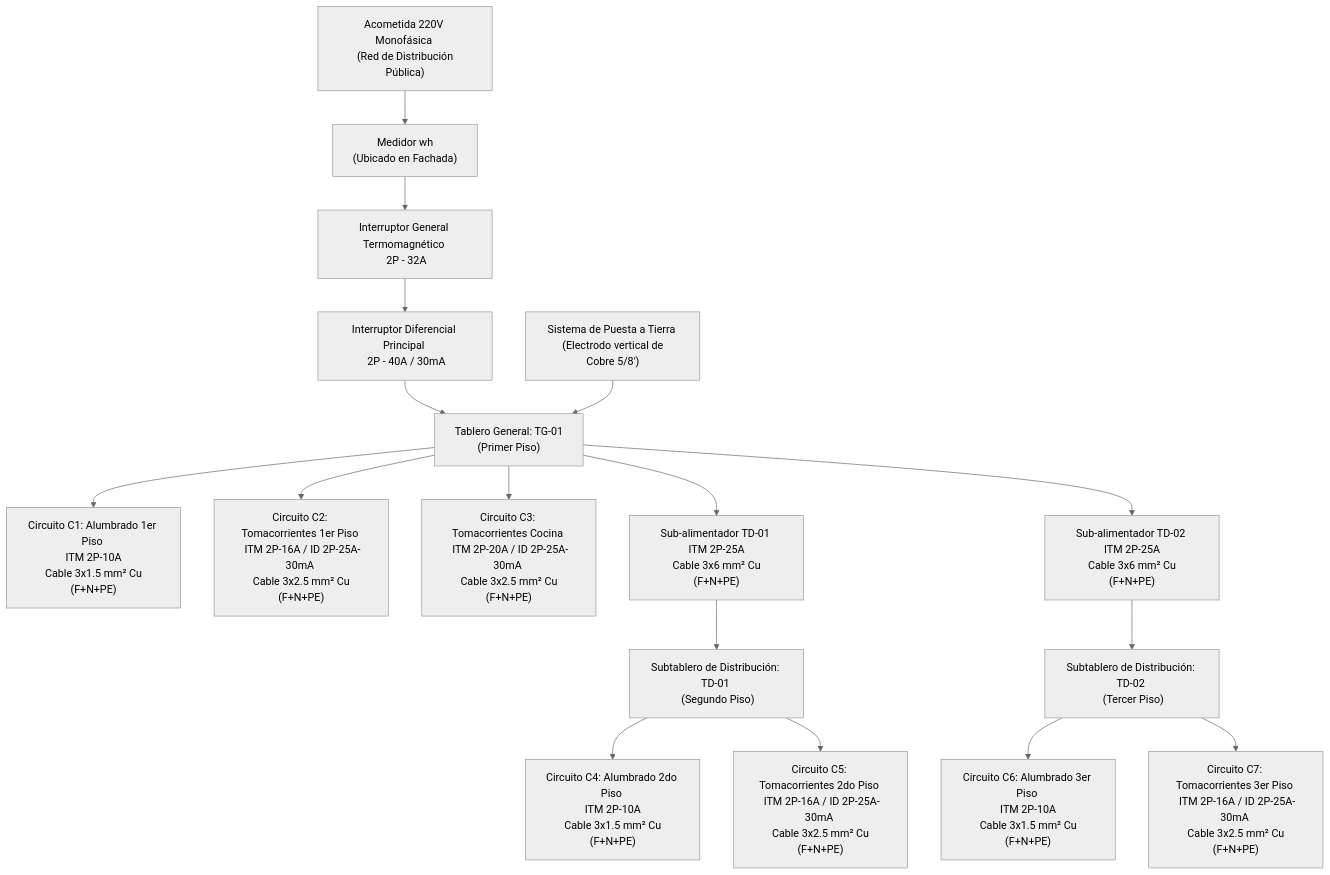
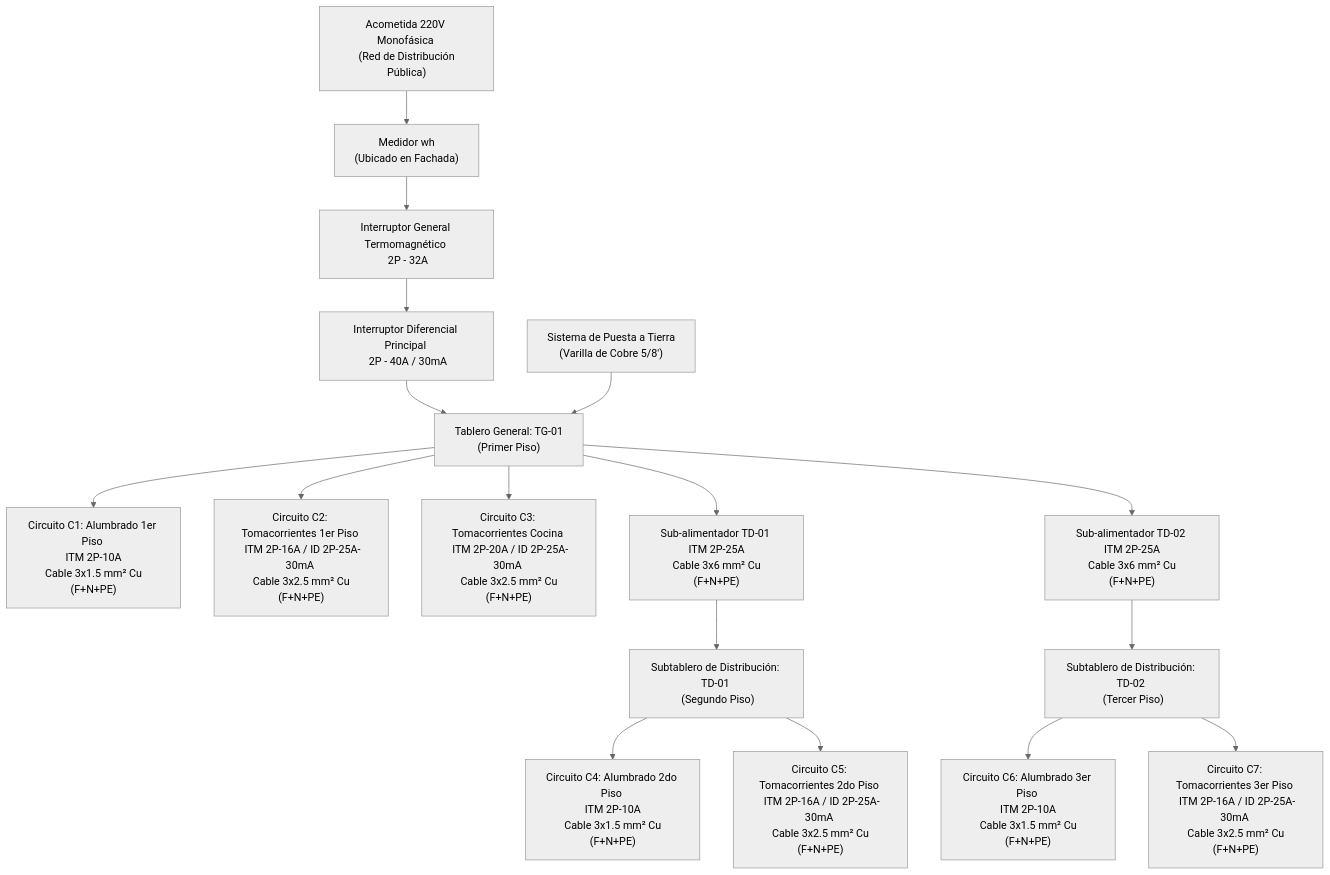
Before and after one commit to Aquiles-ryp360/instalacion-electricas: the diagram in planos/reportes/diagramas_unifilares.md, drawn with Mermaid (neutral theme). The commit also changed other lines of this file and 29 other files, not shown here.

````diff
--- a/planos/reportes/diagramas_unifilares.md
+++ b/planos/reportes/diagramas_unifilares.md
@@ -12,26 +12,26 @@
 ```mermaid
 graph TD
     Acometida["Acometida 220V Monofásica <br> (Red de Distribución Pública)"]
     --> Medidor["Medidor wh <br> (Ubicado en Fachada)"]
     --> ITM_Gral["Interruptor General Termomagnético <br> 2P - 32A"]
     --> ID_Gral["Interruptor Diferencial Principal <br> 2P - 40A / 30mA"]
     --> TG01["Tablero General: TG-01 <br> (Primer Piso)"]
 
     TG01 --> C1["Circuito C1: Alumbrado 1er Piso <br> ITM 2P-10A <br> Cable 3x1.5 mm² Cu (F+N+PE)"]
     TG01 --> C2["Circuito C2: Tomacorrientes 1er Piso <br> ITM 2P-16A / ID 2P-25A-30mA <br> Cable 3x2.5 mm² Cu (F+N+PE)"]
     TG01 --> C3["Circuito C3: Tomacorrientes Cocina <br> ITM 2P-20A / ID 2P-25A-30mA <br> Cable 3x2.5 mm² Cu (F+N+PE)"]
     
     TG01 --> Sub_TD01["Sub-alimentador TD-01 <br> ITM 2P-25A <br> Cable 3x6 mm² Cu (F+N+PE)"]
     TG01 --> Sub_TD02["Sub-alimentador TD-02 <br> ITM 2P-25A <br> Cable 3x6 mm² Cu (F+N+PE)"]
 
     Sub_TD01 --> TD01["Subtablero de Distribución: TD-01 <br> (Segundo Piso)"]
     Sub_TD02 --> TD02["Subtablero de Distribución: TD-02 <br> (Tercer Piso)"]
 
     TD01 --> C4["Circuito C4: Alumbrado 2do Piso <br> ITM 2P-10A <br> Cable 3x1.5 mm² Cu (F+N+PE)"]
     TD01 --> C5["Circuito C5: Tomacorrientes 2do Piso <br> ITM 2P-16A / ID 2P-25A-30mA <br> Cable 3x2.5 mm² Cu (F+N+PE)"]
 
     TD02 --> C6["Circuito C6: Alumbrado 3er Piso <br> ITM 2P-10A <br> Cable 3x1.5 mm² Cu (F+N+PE)"]
     TD02 --> C7["Circuito C7: Tomacorrientes 3er Piso <br> ITM 2P-16A / ID 2P-25A-30mA <br> Cable 3x2.5 mm² Cu (F+N+PE)"]
     
-    SPAT["Sistema de Puesta a Tierra <br> (Electrodo vertical de Cobre 5/8')"] --> TG01
+    SPAT["Sistema de Puesta a Tierra <br> (Varilla de Cobre 5/8')"] --> TG01
 ```
````
